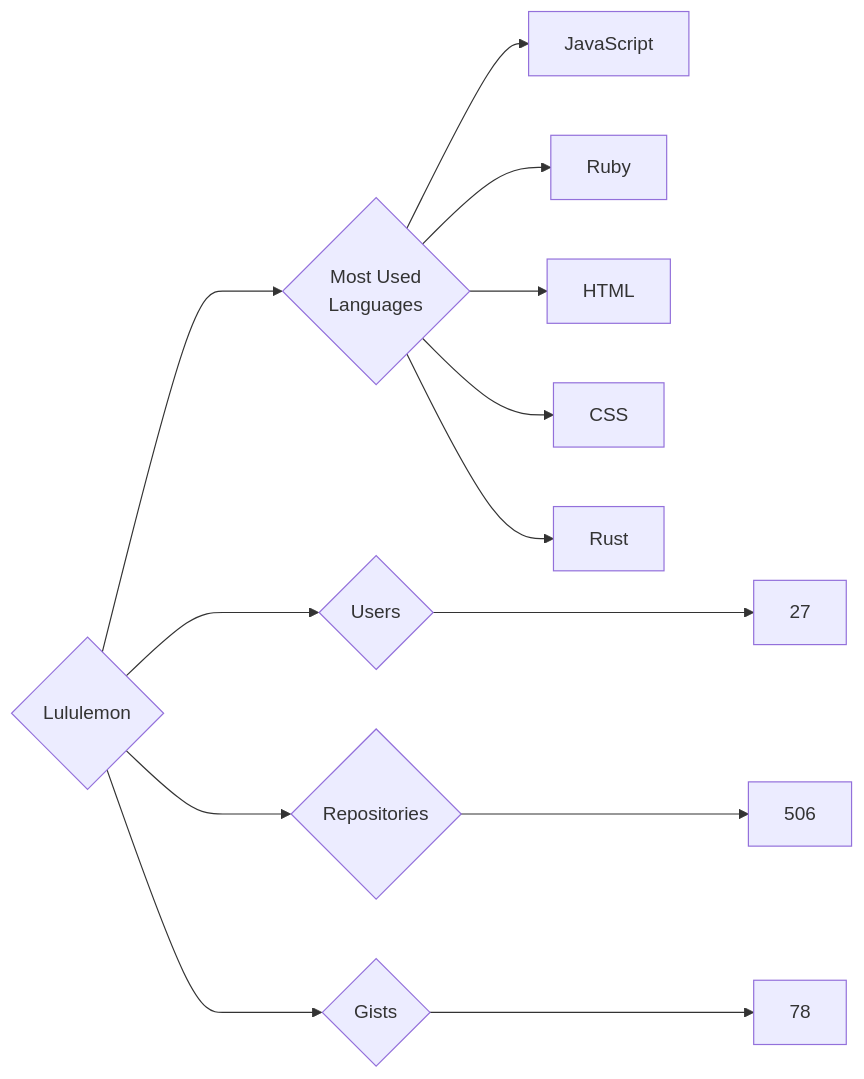
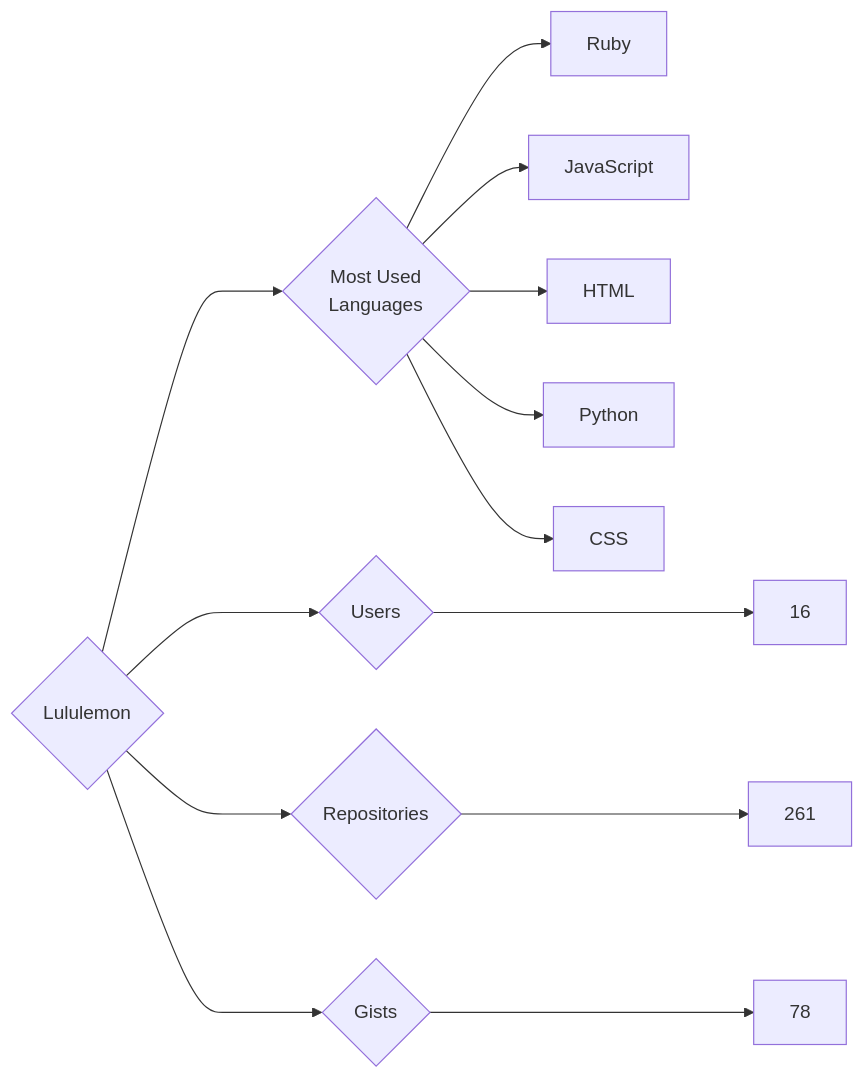
The diagram in targets/Lululemon/README.md (trickest/insiders), drawn with Mermaid before and after one commit. The commit also changed 914 other files, not shown here.

````diff
--- a/targets/Lululemon/README.md
+++ b/targets/Lululemon/README.md
@@ -3,13 +3,13 @@
 ```mermaid
 graph LR
 COMPANY_NAME{Lululemon}
-COMPANY_NAME ---> U{Users} ---> UN[27]
-COMPANY_NAME ---> R{Repositories} ---> RN[506]
+COMPANY_NAME ---> U{Users} ---> UN[16]
+COMPANY_NAME ---> R{Repositories} ---> RN[261]
 COMPANY_NAME ---> G{Gists} ---> GN[78]
 COMPANY_NAME ---> ML{Most Used<br>Languages}
+ML --> Ruby[Ruby]
 ML --> JavaScript[JavaScript]
-ML --> Ruby[Ruby]
 ML --> HTML[HTML]
+ML --> Python[Python]
 ML --> CSS[CSS]
-ML --> Rust[Rust]
 ```
````
